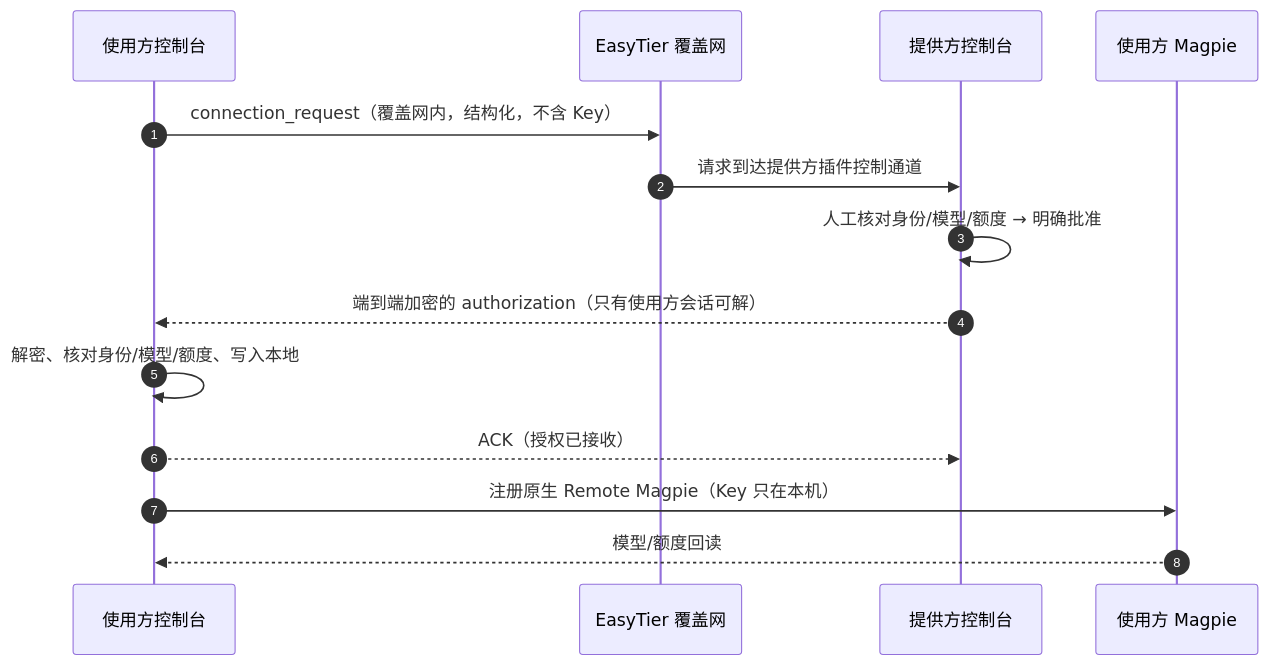
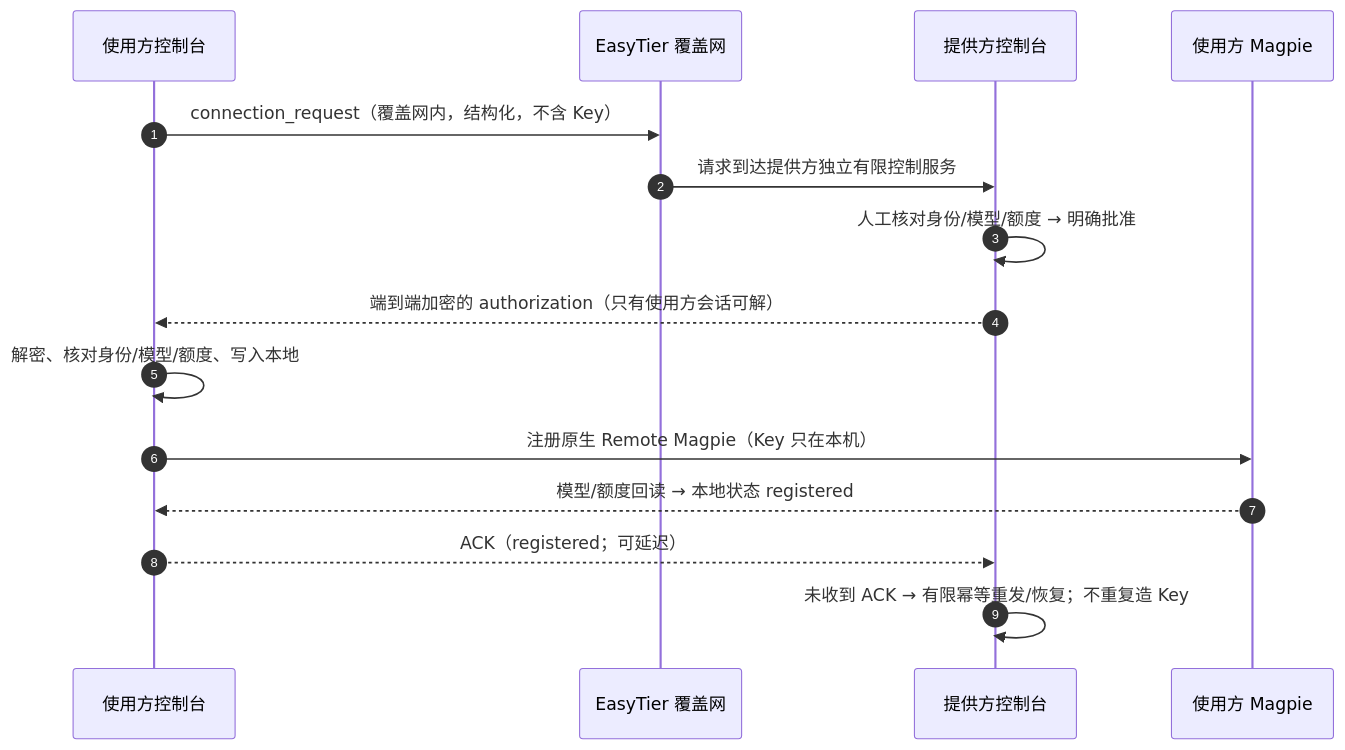
The fourth of 7 diagrams in docs/phase10/FLOWS.md (faithleysath/magpie-oh-my-aihub), drawn with Mermaid before and after one commit. The commit also changed other lines of this file and 2 other files, not shown here.

````diff
--- a/docs/phase10/FLOWS.md
+++ b/docs/phase10/FLOWS.md
@@ -128,17 +134,18 @@
 ```mermaid
 sequenceDiagram
   autonumber
   participant C as 使用方控制台
   participant ET as EasyTier 覆盖网
   participant P as 提供方控制台
   participant M as 使用方 Magpie
 
   C->>ET: connection_request（覆盖网内，结构化，不含 Key）
-  ET->>P: 请求到达提供方插件控制通道
+  ET->>P: 请求到达提供方独立有限控制服务
   P->>P: 人工核对身份/模型/额度 → 明确批准
   P-->>C: 端到端加密的 authorization（只有使用方会话可解）
   C->>C: 解密、核对身份/模型/额度、写入本地
-  C-->>P: ACK（授权已接收）
   C->>M: 注册原生 Remote Magpie（Key 只在本机）
-  M-->>C: 模型/额度回读
+  M-->>C: 模型/额度回读 → 本地状态 registered
+  C-->>P: ACK（registered；可延迟）
+  P->>P: 未收到 ACK → 有限幂等重发/恢复；不重复造 Key
 ```
````
